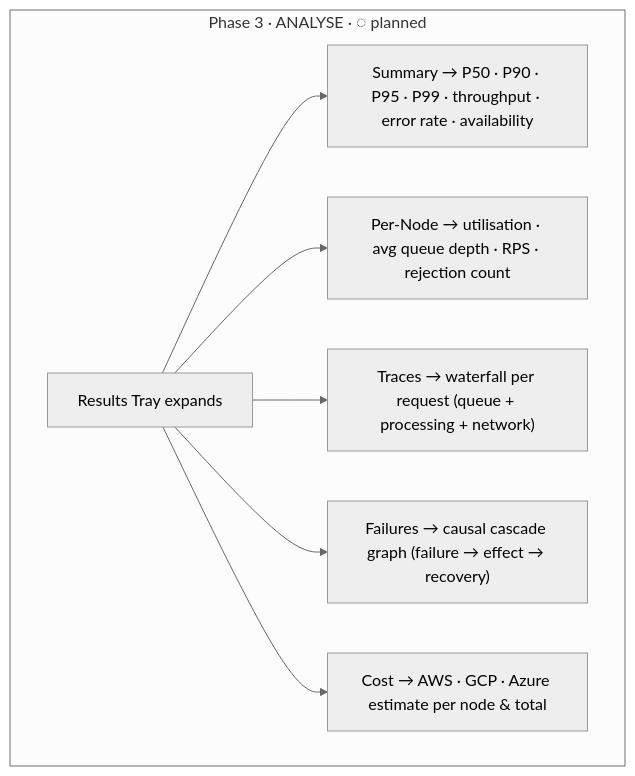
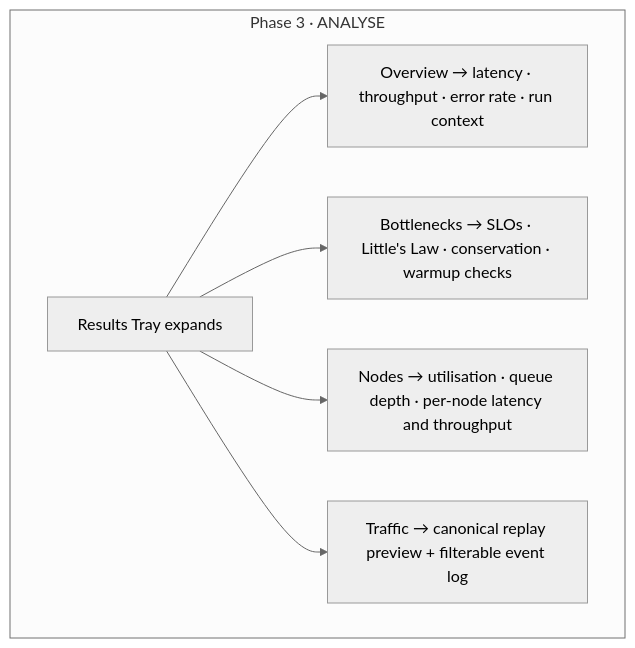
One commit to Newton-School/systems-simulator changed the third of 4 diagrams in README.md. Above: the diagram before and after it, drawn with Mermaid (neutral theme). The commit also changed other lines of this file, not shown here.

````diff
--- a/README.md
+++ b/README.md
@@ -129,12 +128,11 @@
 ```mermaid
 flowchart TD
-    subgraph ANALYSE["Phase 3 · ANALYSE · ◌ planned"]
+    subgraph ANALYSE["Phase 3 · ANALYSE"]
         A1["Results Tray expands"]
-        A2["Summary → P50 · P90 · P95 · P99 · throughput · error rate · availability"]
-        A3["Per-Node → utilisation · avg queue depth · RPS · rejection count"]
-        A4["Traces → waterfall per request (queue + processing + network)"]
-        A5["Failures → causal cascade graph (failure → effect → recovery)"]
-        A6["Cost → AWS · GCP · Azure estimate per node & total"]
-        A1 --> A2 & A3 & A4 & A5 & A6
+        A2["Overview → latency · throughput · error rate · run context"]
+        A3["Bottlenecks → SLOs · Little's Law · conservation · warmup checks"]
+        A4["Nodes → utilisation · queue depth · per-node latency and throughput"]
+        A5["Traffic → canonical replay preview + filterable event log"]
+        A1 --> A2 & A3 & A4 & A5
     end
 ```
````
